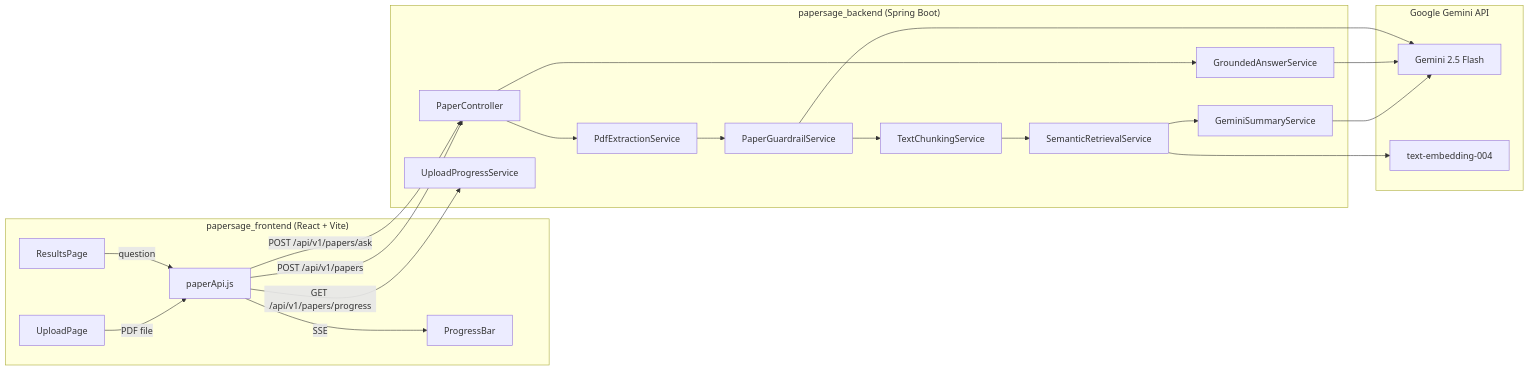
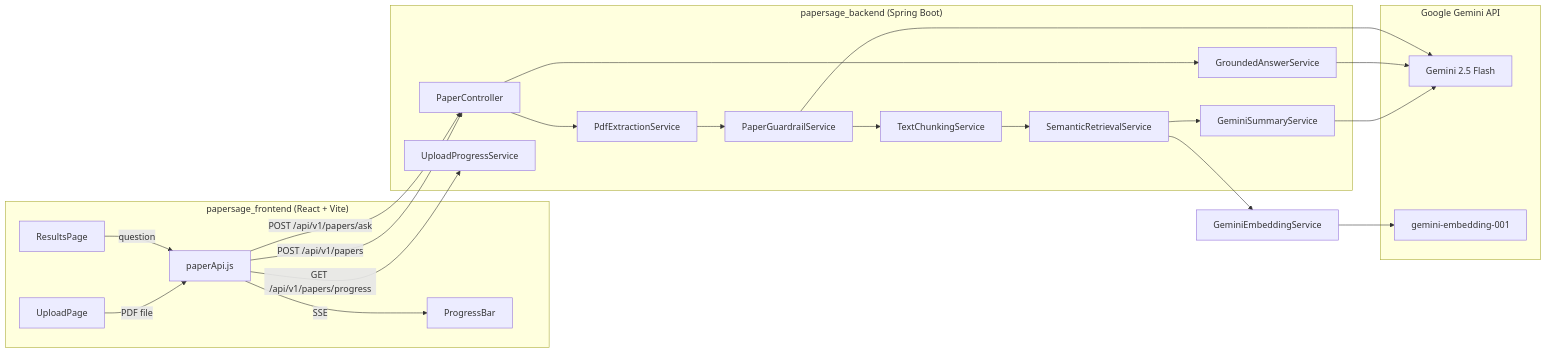
One commit to aRod209/papersage changed the diagram in README.md. Above: the diagram before and after it, drawn with Mermaid. The commit also changed other lines of this file, not shown here.

````diff
--- a/README.md
+++ b/README.md
@@ -38,35 +38,35 @@
 ```mermaid
 graph LR
     subgraph Frontend ["papersage_frontend (React + Vite)"]
         A[UploadPage] -->|PDF file| B[paperApi.js]
         C[ResultsPage] -->|question| B
         B -->|SSE| D[ProgressBar]
     end
 
     subgraph Backend ["papersage_backend (Spring Boot)"]
         E[PaperController]
         F[PdfExtractionService]
         G[PaperGuardrailService]
         H[TextChunkingService]
         I[SemanticRetrievalService]
         J[GeminiSummaryService]
         K[GroundedAnswerService]
         L[UploadProgressService]
     end
 
     subgraph External ["Google Gemini API"]
         M[Gemini 2.5 Flash]
-        N[text-embedding-004]
+        N[gemini-embedding-001]
     end
 
     B -->|POST /api/v1/papers| E
     B -->|POST /api/v1/papers/ask| E
     B -->|GET /api/v1/papers/progress| L
 
     E --> F --> G --> H --> I --> J
     E --> K
-    I --> N
+    I --> O[GeminiEmbeddingService] --> N
     J --> M
     K --> M
     G --> M
 ```
````
